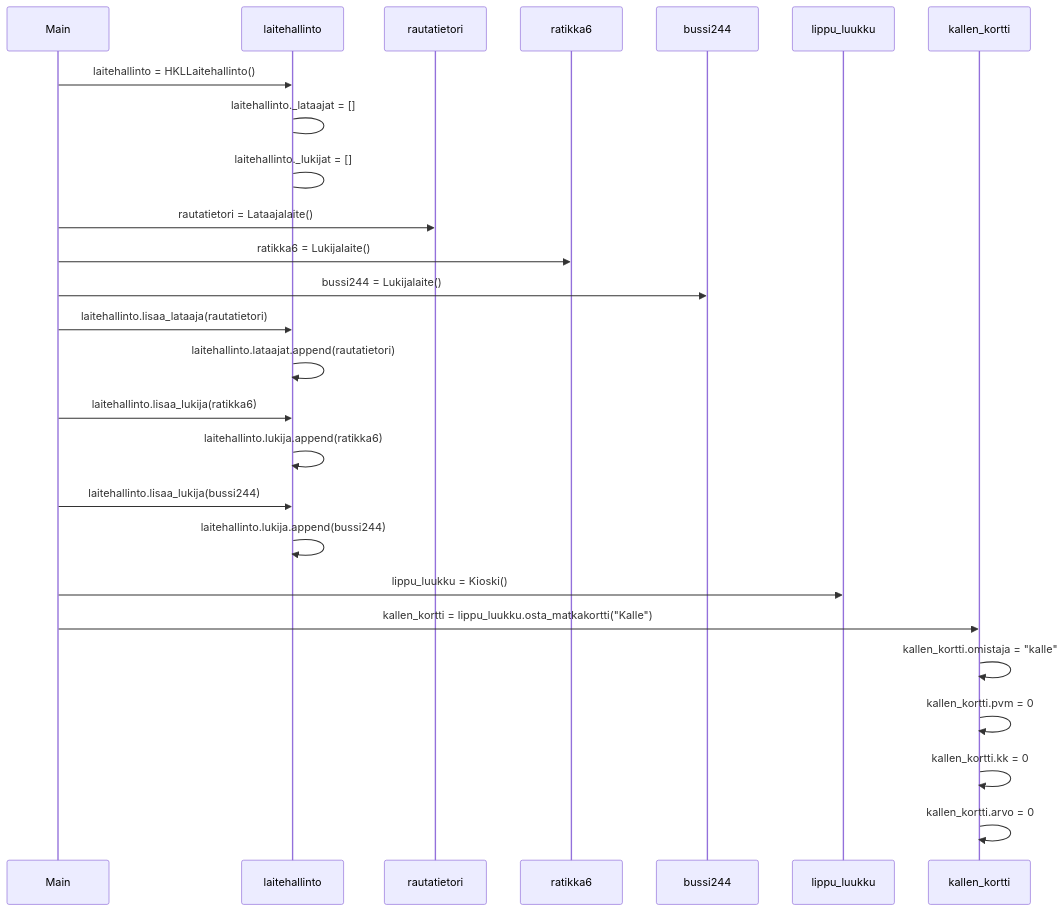
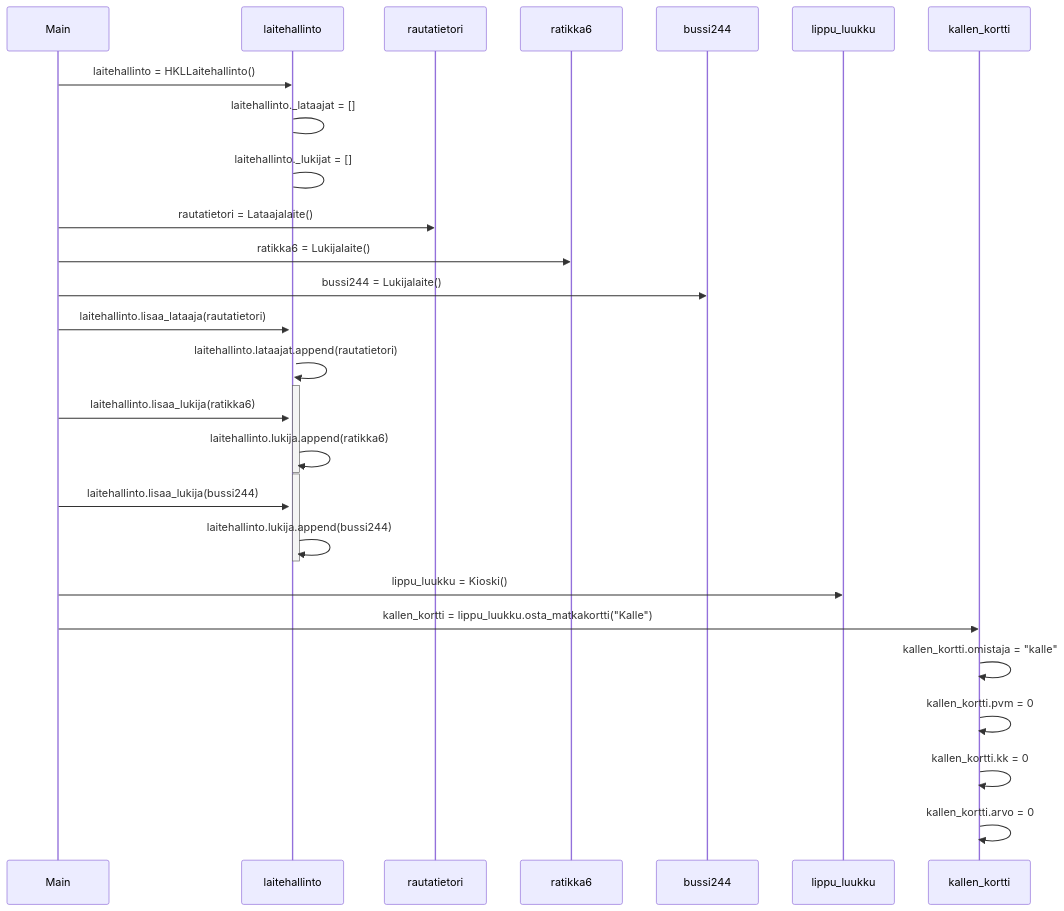
Before and after one commit to EeroAnt/ot-harjoitusty-: the diagram in laskarit/viikko3/matkakorttisekvenssikaavio.md, drawn with Mermaid.

Commit message:
t4 v0.032

````diff
--- a/laskarit/viikko3/matkakorttisekvenssikaavio.md
+++ b/laskarit/viikko3/matkakorttisekvenssikaavio.md
@@ -1,29 +1,34 @@
 ```mermaid
 sequenceDiagram
   participant Main
   participant laitehallinto
   participant rautatietori
   participant ratikka6
   participant bussi244
   participant lippu_luukku
   participant kallen_kortti
   Main->>laitehallinto: laitehallinto = HKLLaitehallinto()
   laitehallinto->laitehallinto: laitehallinto._lataajat = []
   laitehallinto->laitehallinto: laitehallinto._lukijat = []
   Main->>rautatietori: rautatietori = Lataajalaite()
   Main->>ratikka6: ratikka6 = Lukijalaite()
   Main->>bussi244: bussi244 = Lukijalaite()
+  activate laitehallinto
   Main->>laitehallinto: laitehallinto.lisaa_lataaja(rautatietori)
   laitehallinto->>laitehallinto: laitehallinto.lataajat.append(rautatietori)
+  activate laitehallinto
   Main->>laitehallinto: laitehallinto.lisaa_lukija(ratikka6)
   laitehallinto->>laitehallinto: laitehallinto.lukija.append(ratikka6)
+  deactivate laitehallinto
+  activate laitehallinto
   Main->>laitehallinto: laitehallinto.lisaa_lukija(bussi244)
   laitehallinto->>laitehallinto: laitehallinto.lukija.append(bussi244)
+  deactivate laitehallinto
   Main->>lippu_luukku: lippu_luukku = Kioski()
   Main->>kallen_kortti: kallen_kortti = lippu_luukku.osta_matkakortti("Kalle")
   kallen_kortti->>kallen_kortti: kallen_kortti.omistaja = "kalle"
   kallen_kortti->>kallen_kortti: kallen_kortti.pvm = 0
   kallen_kortti->>kallen_kortti: kallen_kortti.kk = 0
   kallen_kortti->>kallen_kortti: kallen_kortti.arvo = 0
 
 ```
````
